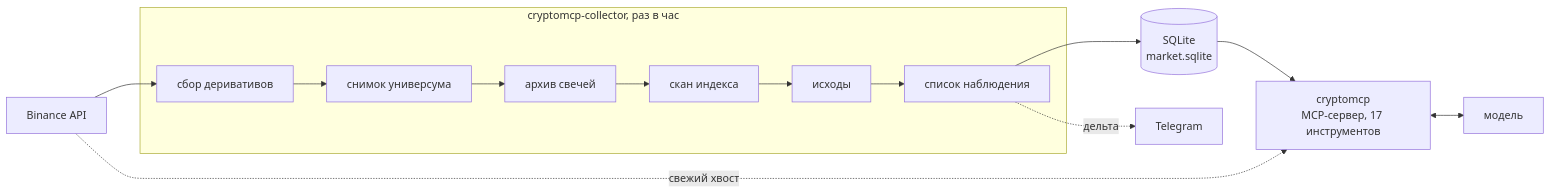
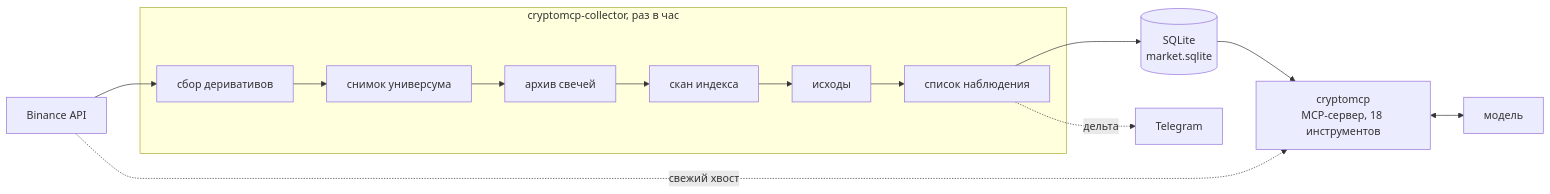
Before and after one commit to demosfen7/cryptomcp: the first of 5 diagrams in ARCHITECTURE.md, drawn with Mermaid. The commit also changed 10 other files, not shown here.

````diff
--- a/ARCHITECTURE.md
+++ b/ARCHITECTURE.md
@@ -19,26 +19,26 @@
 ```mermaid
 flowchart LR
     B["Binance API"]
 
     subgraph collector["cryptomcp-collector, раз в час"]
         C1["сбор деривативов"]
         C2["снимок универсума"]
         C3["архив свечей"]
         C4["скан индекса"]
         C5["исходы"]
         C6["список наблюдения"]
     end
 
     DB[("SQLite<br/>market.sqlite")]
 
-    S1["cryptomcp<br/>MCP-сервер, 17 инструментов"]
+    S1["cryptomcp<br/>MCP-сервер, 18 инструментов"]
     TG["Telegram"]
     LLM["модель"]
 
     B --> C1 --> C2 --> C3 --> C4 --> C5 --> C6
     C6 --> DB
     C6 -.дельта.-> TG
     DB --> S1
     B -.свежий хвост.-> S1
     S1 <--> LLM
 ```
````
